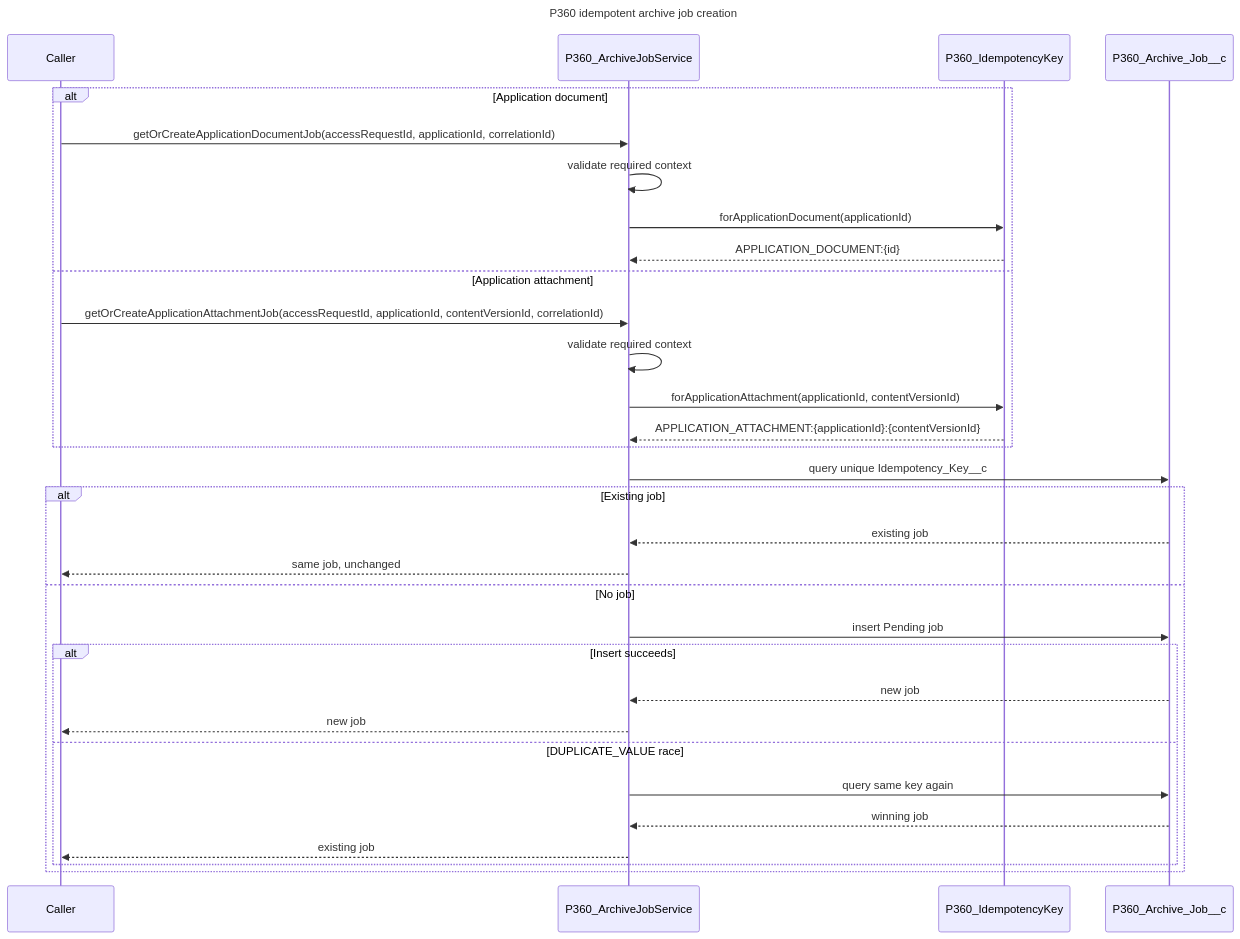
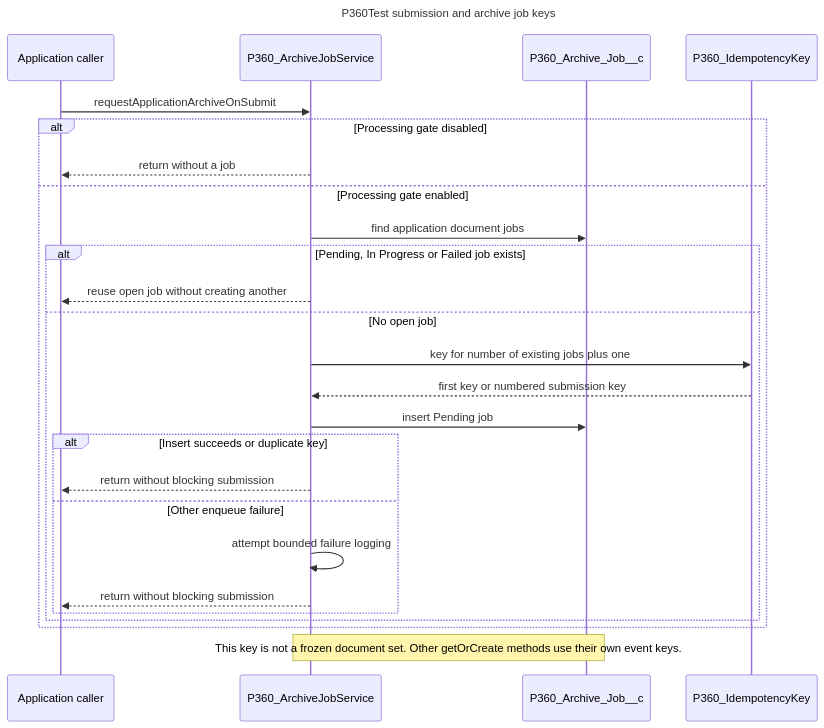
The diagram in docs/integrations/p360/diagrams/p360-idempotent-job-creation-sequence.mmd (navikt/crm-arbeidsforhold), drawn with Mermaid before and after one commit. The commit also changed 89 other files, not shown here.

```diff
--- a/docs/integrations/p360/diagrams/p360-idempotent-job-creation-sequence.mmd
+++ b/docs/integrations/p360/diagrams/p360-idempotent-job-creation-sequence.mmd
@@ -1,35 +1,29 @@
 ---
-title: P360 idempotent archive job creation
+title: P360Test submission and archive job keys
 ---
 sequenceDiagram
-    participant Caller
+    participant Caller as Application caller
     participant Service as P360_ArchiveJobService
+    participant Store as P360_Archive_Job__c
     participant Key as P360_IdempotencyKey
-    participant Store as P360_Archive_Job__c
 
-    alt Application document
-        Caller->>Service: getOrCreateApplicationDocumentJob(accessRequestId, applicationId, correlationId)
-        Service->>Service: validate required context
-        Service->>Key: forApplicationDocument(applicationId)
-        Key-->>Service: APPLICATION_DOCUMENT:{id}
-    else Application attachment
-        Caller->>Service: getOrCreateApplicationAttachmentJob(accessRequestId, applicationId, contentVersionId, correlationId)
-        Service->>Service: validate required context
-        Service->>Key: forApplicationAttachment(applicationId, contentVersionId)
-        Key-->>Service: APPLICATION_ATTACHMENT:{applicationId}:{contentVersionId}
-    end
-    Service->>Store: query unique Idempotency_Key__c
-    alt Existing job
-        Store-->>Service: existing job
-        Service-->>Caller: same job, unchanged
-    else No job
-        Service->>Store: insert Pending job
-        alt Insert succeeds
-            Store-->>Service: new job
-            Service-->>Caller: new job
-        else DUPLICATE_VALUE race
-            Service->>Store: query same key again
-            Store-->>Service: winning job
-            Service-->>Caller: existing job
+    Caller->>Service: requestApplicationArchiveOnSubmit
+    alt Processing gate disabled
+        Service-->>Caller: return without a job
+    else Processing gate enabled
+        Service->>Store: find application document jobs
+        alt Pending, In Progress or Failed job exists
+            Service-->>Caller: reuse open job without creating another
+        else No open job
+            Service->>Key: key for number of existing jobs plus one
+            Key-->>Service: first key or numbered submission key
+            Service->>Store: insert Pending job
+            alt Insert succeeds or duplicate key
+                Service-->>Caller: return without blocking submission
+            else Other enqueue failure
+                Service->>Service: attempt bounded failure logging
+                Service-->>Caller: return without blocking submission
+            end
         end
     end
+    Note over Service,Store: This key is not a frozen document set. Other getOrCreate methods use their own event keys.
```
